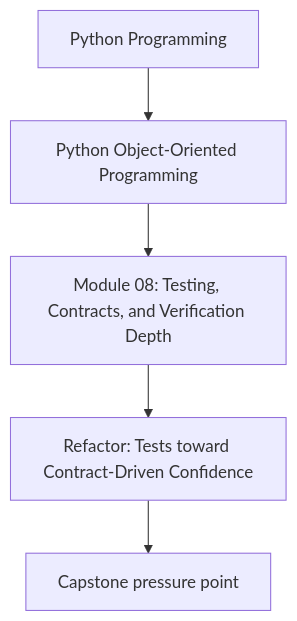
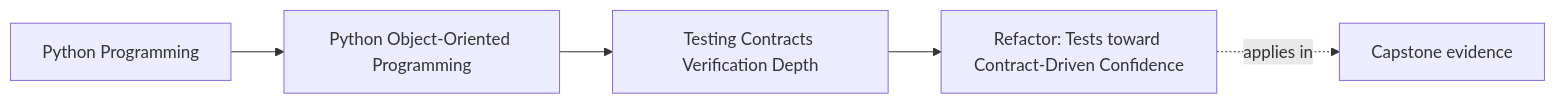
Before and after one commit to bijux/bijux-masterclass: the first of 2 diagrams in programs/python-programming/python-object-oriented-programming/course-book/module-08-testing-contracts-verification-depth/refactor-tests-toward-contract-driven-confidence.md, drawn with Mermaid. The commit also changed other lines of this file and 103 other files, not shown here.

Commit message:
docs(python-object-oriented-programming): map sustainment and capstone surfaces

````diff
--- a/programs/python-programming/python-object-oriented-programming/course-book/module-08-testing-contracts-verification-depth/refactor-tests-toward-contract-driven-confidence.md
+++ b/programs/python-programming/python-object-oriented-programming/course-book/module-08-testing-contracts-verification-depth/refactor-tests-toward-contract-driven-confidence.md
@@ -7,7 +7,11 @@
 ```mermaid
-flowchart TD
-  family["Python Programming"] --> program["Python Object-Oriented Programming"]
-  program --> module["Module 08: Testing, Contracts, and Verification Depth"]
-  module --> concept["Refactor: Tests toward Contract-Driven Confidence"]
-  concept --> capstone["Capstone pressure point"]
+graph LR
+  family["Python Programming"]
+  program["Python Object-Oriented Programming"]
+  section["Testing Contracts Verification Depth"]
+  page["Refactor: Tests toward Contract-Driven Confidence"]
+  capstone["Capstone evidence"]
+
+  family --> program --> section --> page
+  page -.applies in.-> capstone
 ```
````
